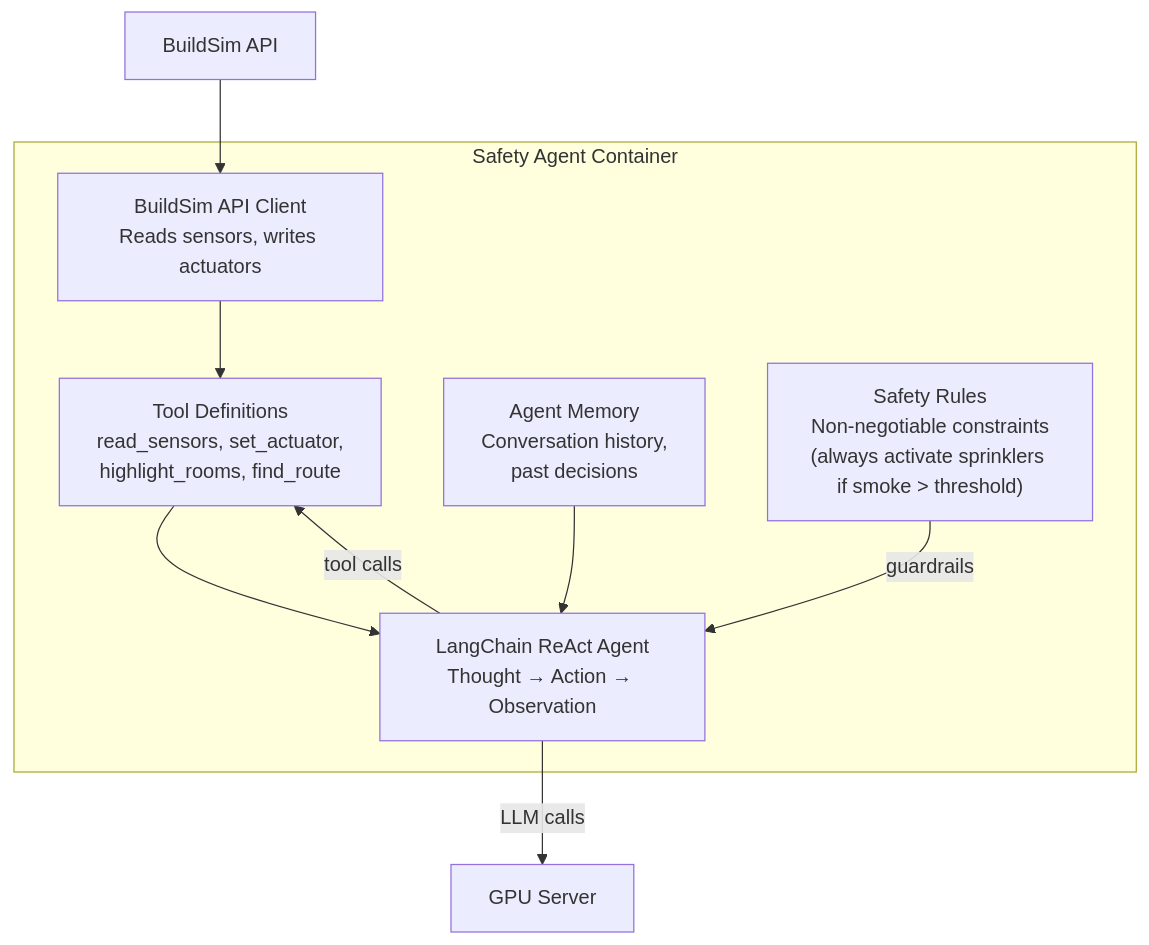
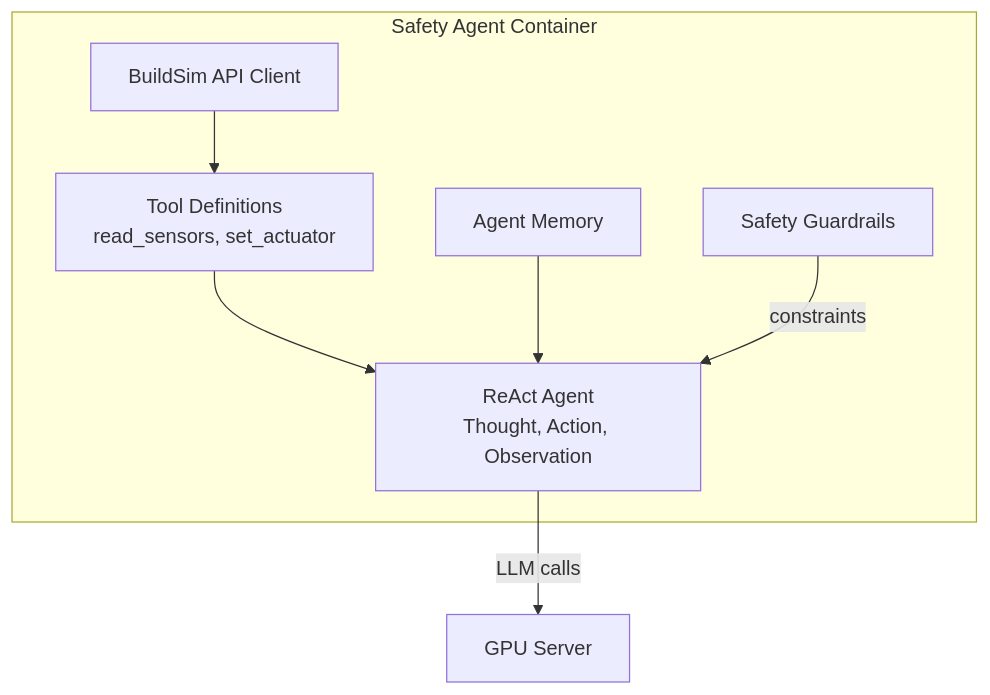
Before and after one commit to eislab-cps/D7065E: the fifth of 7 diagrams in lectures/lecture-0-introduction.md, drawn with Mermaid. The commit also changed other lines of this file, not shown here.

Commit message:
Restructure lecture 0: cleaner flow, viewpoints, less AI-generated style

````diff
--- a/lectures/lecture-0-introduction.md
+++ b/lectures/lecture-0-introduction.md
@@ -301,18 +252,14 @@
 ```mermaid
 graph TB
     subgraph Agent["Safety Agent Container"]
-        API_CLIENT["BuildSim API Client\nReads sensors, writes actuators"]
-        TOOLS["Tool Definitions\nread_sensors, set_actuator,\nhighlight_rooms, find_route"]
-        MEMORY["Agent Memory\nConversation history,\npast decisions"]
-        CHAIN["LangChain ReAct Agent\nThought → Action → Observation"]
-        RULES["Safety Rules\nNon-negotiable constraints\n(always activate sprinklers if smoke > threshold)"]
+        CLIENT["BuildSim API Client"]
+        TOOLS["Tool Definitions\nread_sensors, set_actuator"]
+        MEMORY["Agent Memory"]
+        CHAIN["ReAct Agent\nThought, Action, Observation"]
+        RULES["Safety Guardrails"]
     end
-    
-    BS["BuildSim API"] --> API_CLIENT
-    API_CLIENT --> TOOLS
-    TOOLS --> CHAIN
+    CLIENT --> TOOLS --> CHAIN
     MEMORY --> CHAIN
-    RULES -->|guardrails| CHAIN
-    CHAIN -->|tool calls| TOOLS
+    RULES -->|constraints| CHAIN
     CHAIN -->|LLM calls| GPU["GPU Server"]
 ```
````
